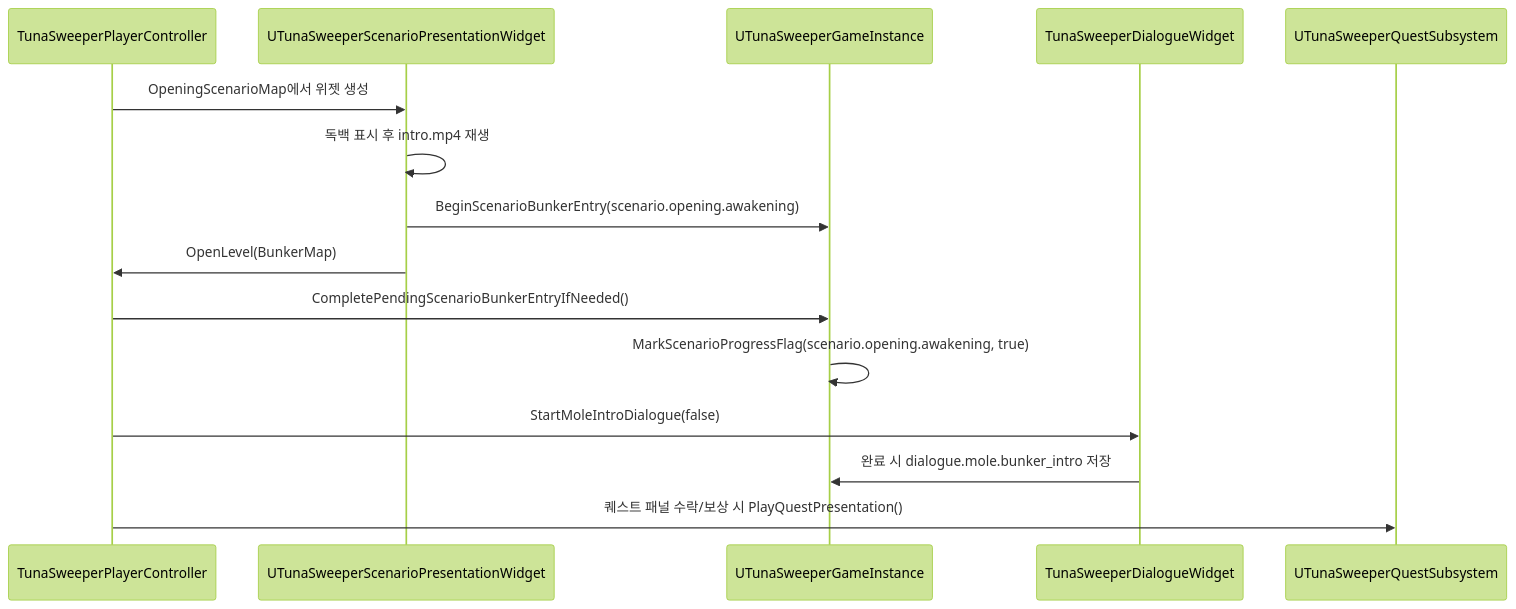
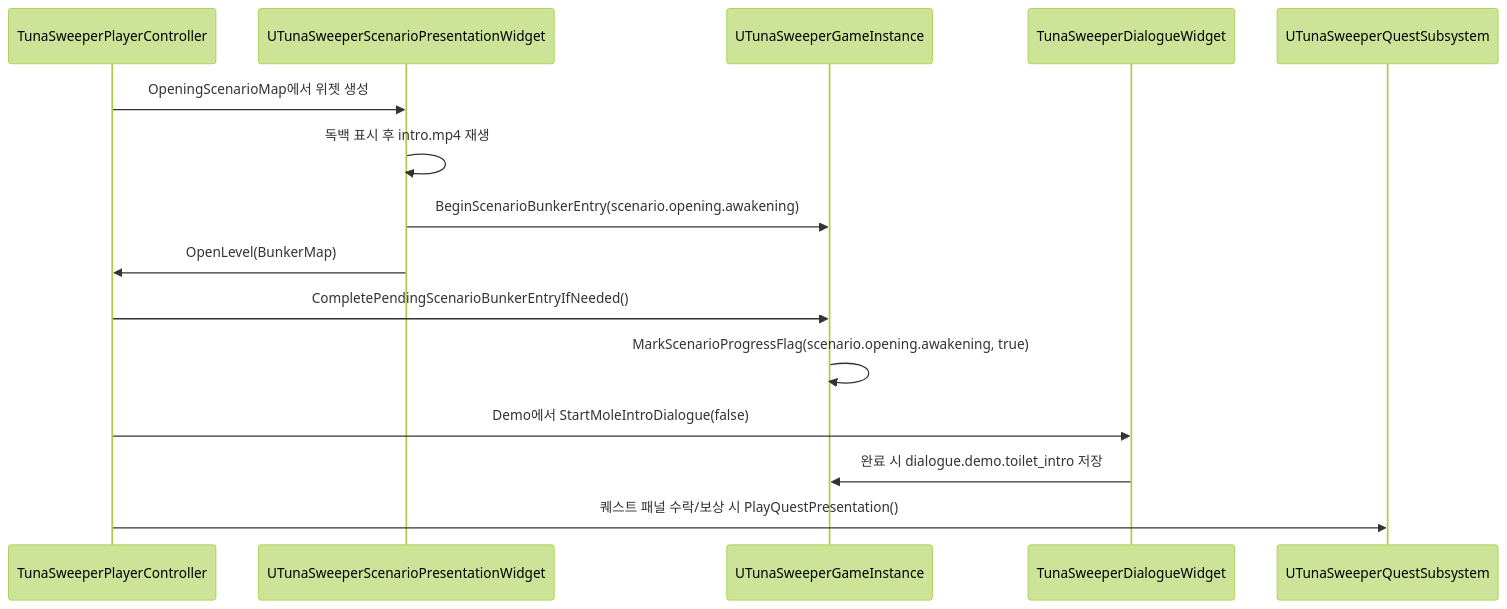
The second of 2 diagrams in Docs/quest_dialogue_scenario_flow.md (octopus7/extraction_shooter), drawn with Mermaid (forest theme) before and after one commit. The commit also changed other lines of this file and 7 other files, not shown here.

Commit message:
Add demo toilet intro dialogue

````diff
--- a/Docs/quest_dialogue_scenario_flow.md
+++ b/Docs/quest_dialogue_scenario_flow.md
@@ -183,18 +183,18 @@
 ```mermaid
 sequenceDiagram
     participant PC as TunaSweeperPlayerController
     participant Scenario as UTunaSweeperScenarioPresentationWidget
     participant GI as UTunaSweeperGameInstance
     participant Dialogue as TunaSweeperDialogueWidget
     participant QS as UTunaSweeperQuestSubsystem
 
     PC->>Scenario: OpeningScenarioMap에서 위젯 생성
     Scenario->>Scenario: 독백 표시 후 intro.mp4 재생
     Scenario->>GI: BeginScenarioBunkerEntry(scenario.opening.awakening)
     Scenario->>PC: OpenLevel(BunkerMap)
     PC->>GI: CompletePendingScenarioBunkerEntryIfNeeded()
     GI->>GI: MarkScenarioProgressFlag(scenario.opening.awakening, true)
-    PC->>Dialogue: StartMoleIntroDialogue(false)
-    Dialogue->>GI: 완료 시 dialogue.mole.bunker_intro 저장
+    PC->>Dialogue: Demo에서 StartMoleIntroDialogue(false)
+    Dialogue->>GI: 완료 시 dialogue.demo.toilet_intro 저장
     PC->>QS: 퀘스트 패널 수락/보상 시 PlayQuestPresentation()
 ```
````
